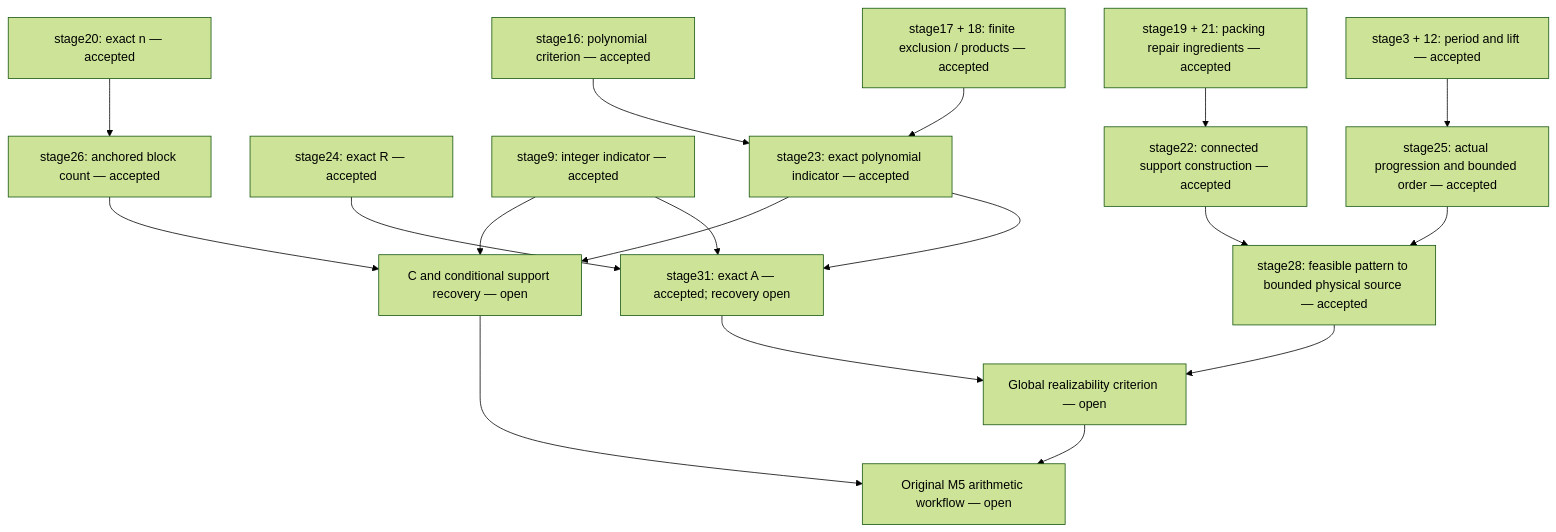
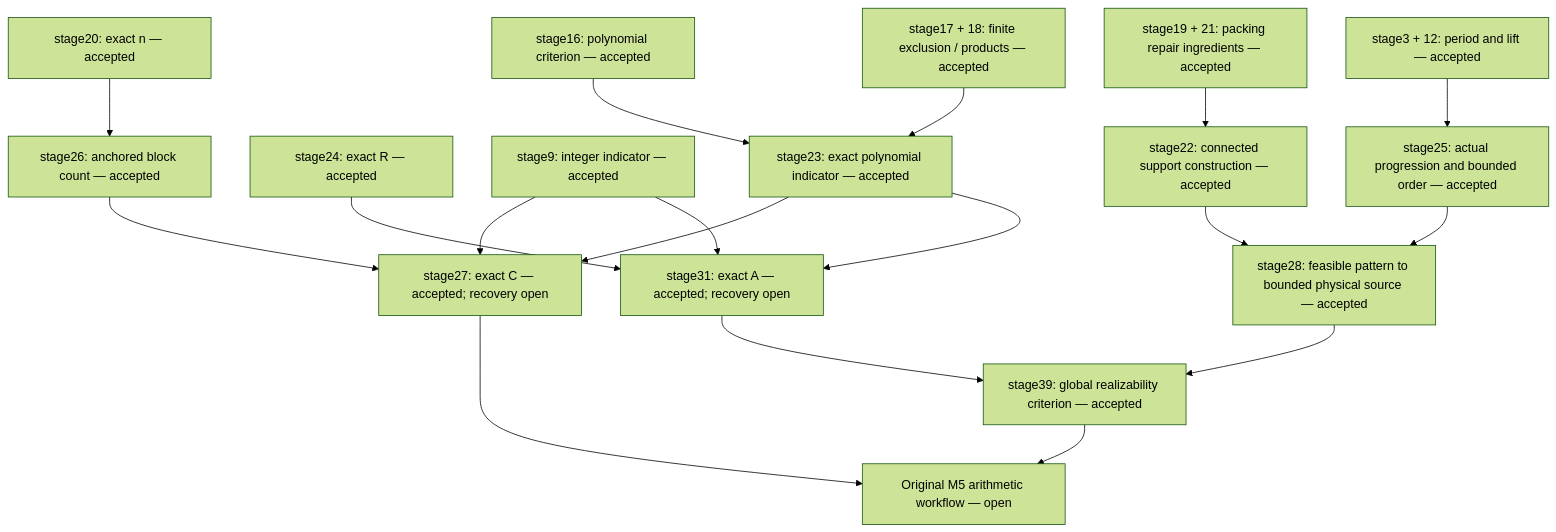
Before and after one commit to humanfia/science-mango: the diagram in pipelines/quantum_formalize/examples/m5/PROOF_CHAIN.md, drawn with Mermaid (forest theme). The commit also changed other lines of this file and 615 other files, not shown here.

Commit message:
Prove exact C count and global arithmetic realizability criterion

````diff
--- a/pipelines/quantum_formalize/examples/m5/PROOF_CHAIN.md
+++ b/pipelines/quantum_formalize/examples/m5/PROOF_CHAIN.md
@@ -20,20 +21,20 @@
 ```mermaid
 flowchart TD
   n[stage20: exact n — accepted] --> anchor[stage26: anchored block count — accepted]
   R[stage24: exact R — accepted] --> A[stage31: exact A — accepted; recovery open]
-  int[stage9: integer indicator — accepted] --> C[C and conditional support recovery — open]
+  int[stage9: integer indicator — accepted] --> C[stage27: exact C — accepted; recovery open]
   crit[stage16: polynomial criterion — accepted] --> pie[stage23: exact polynomial indicator — accepted]
   finite[stage17 + 18: finite exclusion / products — accepted] --> pie
   pie --> C
   pie --> A
   int --> A
   anchor --> C
   pack[stage19 + 21: packing repair ingredients — accepted] --> construct[stage22: connected support construction — accepted]
   period[stage3 + 12: period and lift — accepted] --> orders[stage25: actual progression and bounded order — accepted]
   construct --> bounded[stage28: feasible pattern to bounded physical source — accepted]
   orders --> bounded
-  A --> global[Global realizability criterion — open]
+  A --> global[stage39: global realizability criterion — accepted]
   bounded --> global
   C --> final[Original M5 arithmetic workflow — open]
   global --> final
 ```
````
